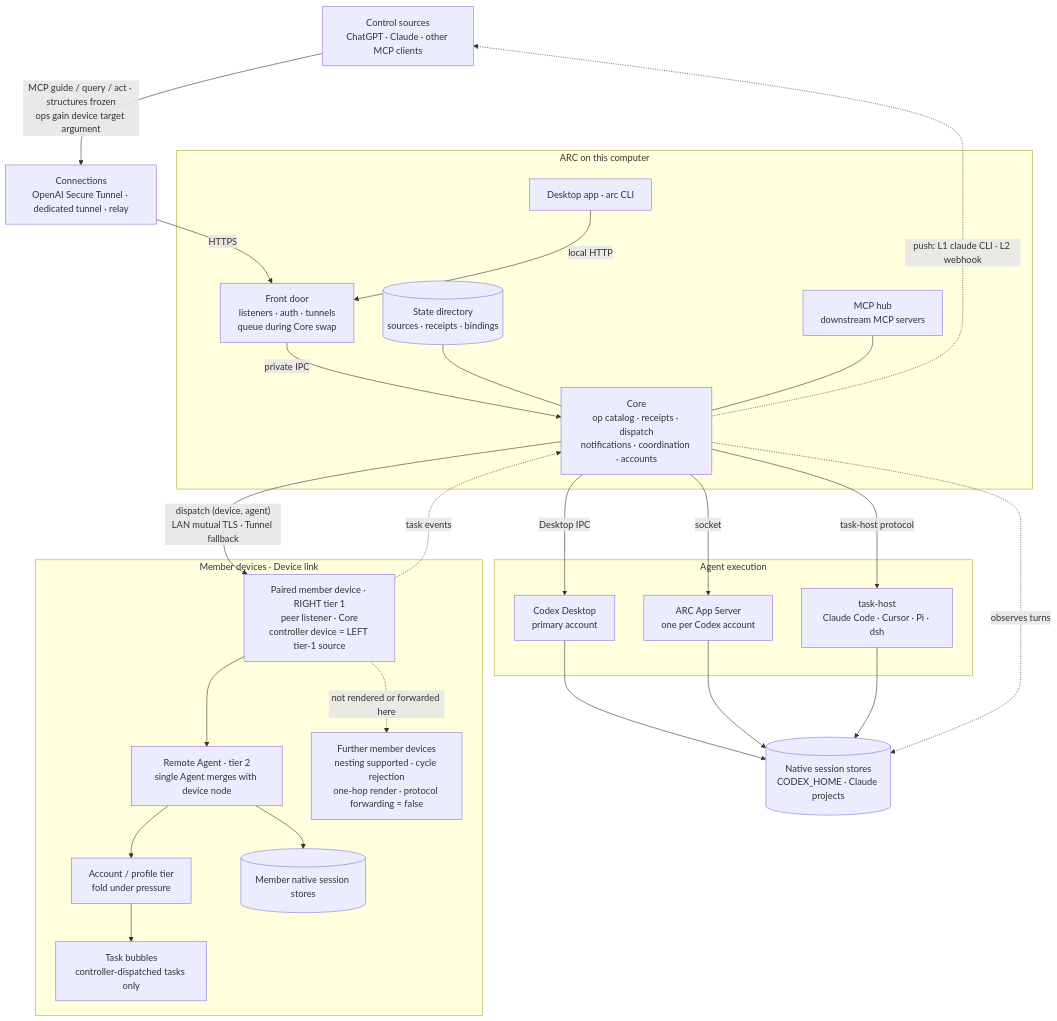
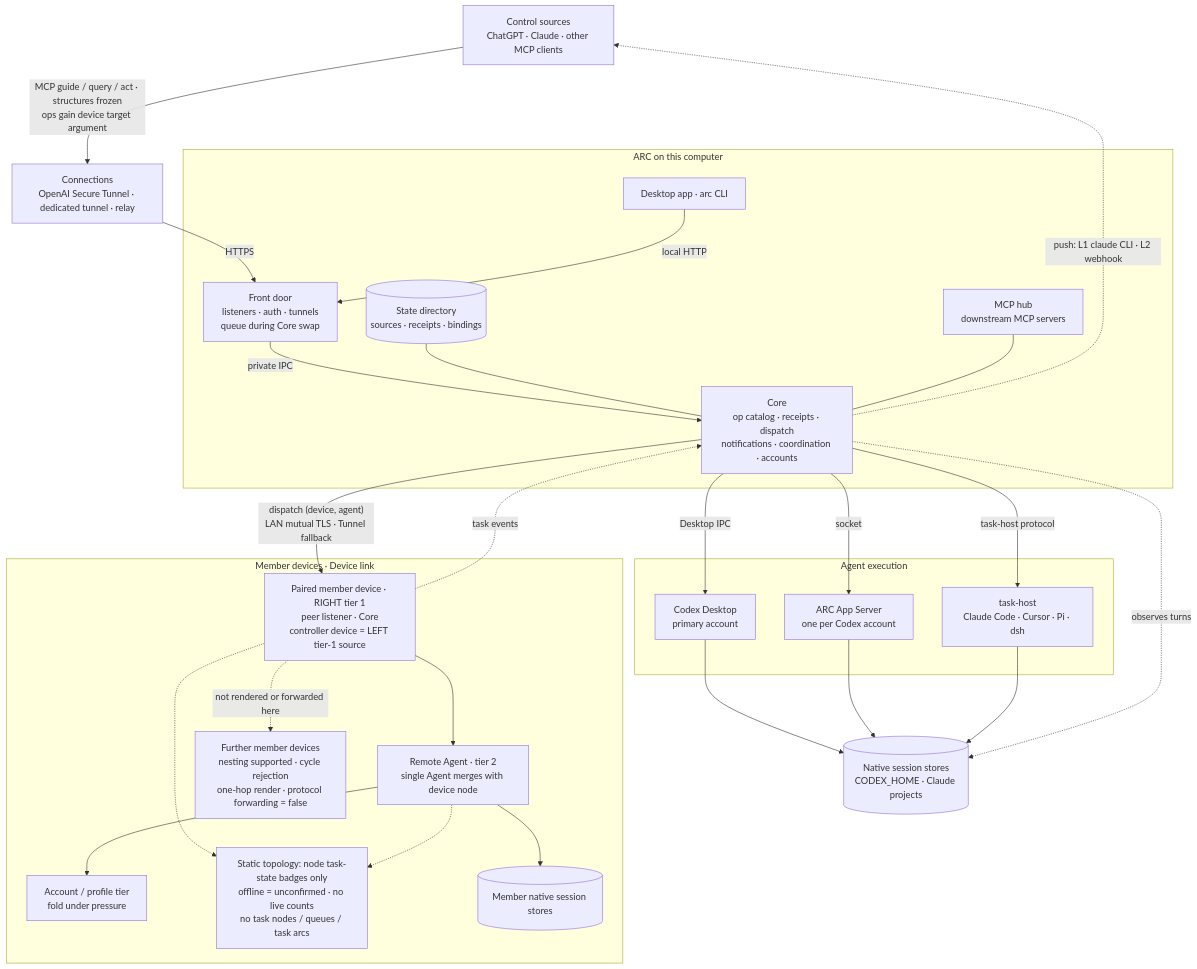
The diagram in arch/system-map.mmd (whzxc/agent-remote-control), drawn with Mermaid before and after one commit. The commit also changed 13 other files, not shown here.

Commit message:
docs(design): make device topology static

```diff
--- a/arch/system-map.mmd
+++ b/arch/system-map.mmd
@@ -1,47 +1,49 @@
 %% ARC system map (layer 0): processes, external parties and how they connect.
 %% Index and code mapping: docs/dev/arch-assets.md
 flowchart TB
   src["Control sources<br/>ChatGPT · Claude · other MCP clients"]
   net["Connections<br/>OpenAI Secure Tunnel · dedicated tunnel · relay"]
   subgraph HOST["ARC on this computer"]
     local["Desktop app · arc CLI"]
     fd["Front door<br/>listeners · auth · tunnels<br/>queue during Core swap"]
     state[("State directory<br/>sources · receipts · bindings")]
     hub["MCP hub<br/>downstream MCP servers"]
     core["Core<br/>op catalog · receipts · dispatch<br/>notifications · coordination · accounts"]
   end
   subgraph EXEC["Agent execution"]
     codexd["Codex Desktop<br/>primary account"]
     appsrv["ARC App Server<br/>one per Codex account"]
     taskhost["task-host<br/>Claude Code · Cursor · Pi · dsh"]
   end
   native[("Native session stores<br/>CODEX_HOME · Claude projects")]
   subgraph MEMBERS["Member devices · Device link"]
     member["Paired member device · RIGHT tier 1<br/>peer listener · Core<br/>controller device = LEFT tier-1 source"]
     magent["Remote Agent · tier 2<br/>single Agent merges with device node"]
     maccount["Account / profile tier<br/>fold under pressure"]
-    mtasks["Task bubbles<br/>controller-dispatched tasks only"]
+    mstates["Static topology: node task-state badges only<br/>offline = unconfirmed · no live counts<br/>no task nodes / queues / task arcs"]
     mnative[("Member native session stores")]
     descendant["Further member devices<br/>nesting supported · cycle rejection<br/>one-hop render · protocol forwarding = false"]
   end
   src -->|"MCP guide / query / act · structures frozen<br/>ops gain device target argument"| net
   net -->|"HTTPS"| fd
   local -->|"local HTTP"| fd
   fd -->|"private IPC"| core
   state --- core
   hub --- core
   core -->|"Desktop IPC"| codexd
   core -->|"socket"| appsrv
   core -->|"task-host protocol"| taskhost
   codexd --> native
   appsrv --> native
   taskhost --> native
   core -.->|"observes turns"| native
   core -.->|"push: L1 claude CLI · L2 webhook"| src
   core -->|"dispatch (device, agent)<br/>LAN mutual TLS · Tunnel fallback"| member
   member -.->|"task events"| core
-  member --> magent --> maccount --> mtasks
+  member --> magent --> maccount
+  member -.-> mstates
+  magent -.-> mstates
   magent --> mnative
   member -.->|"not rendered or forwarded here"| descendant
   class hub experimental
-  class member,magent,maccount,mtasks,descendant experimental
+  class member,magent,maccount,mstates,descendant experimental
```
